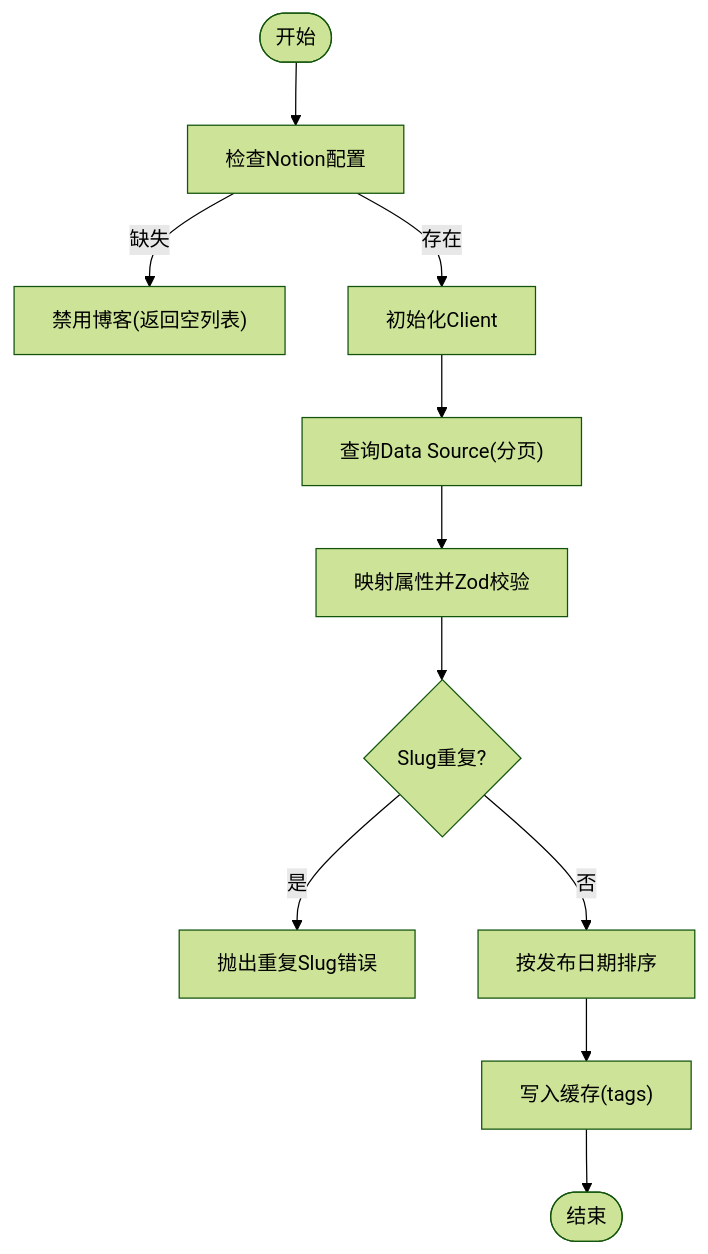
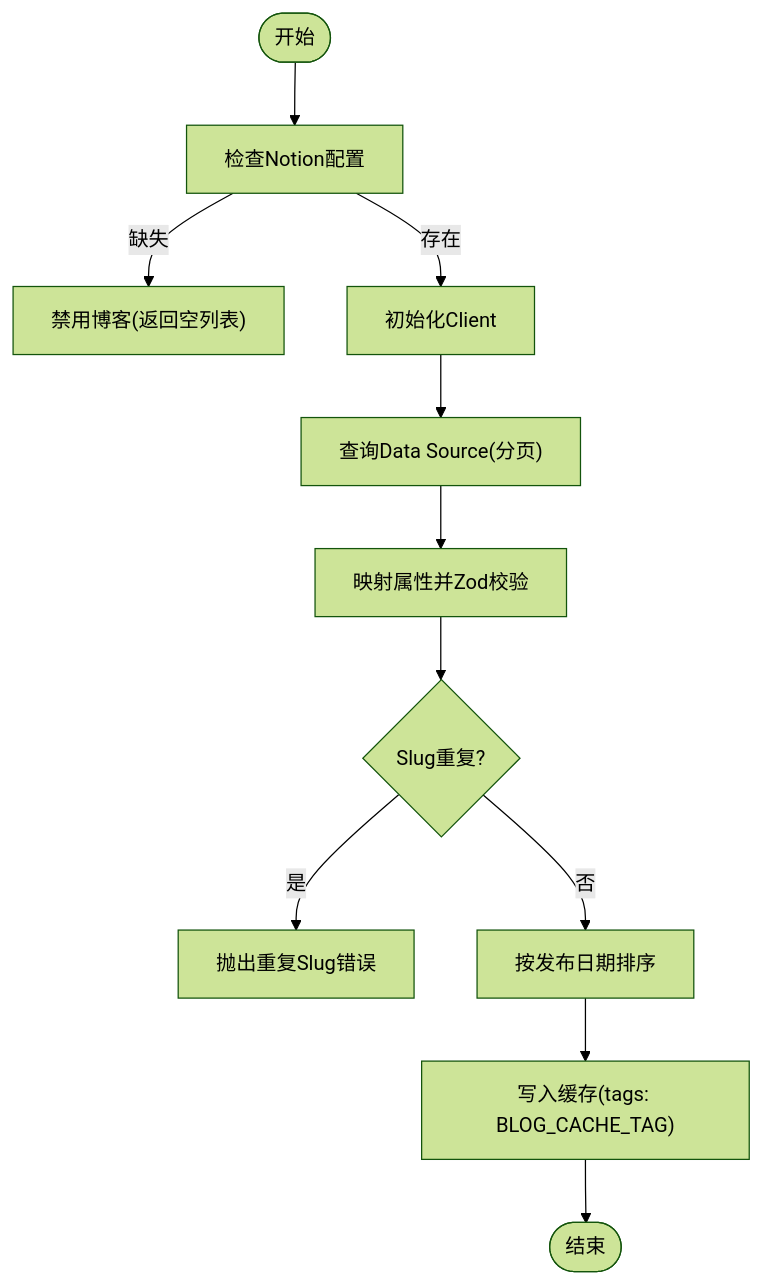
Before and after one commit to florianjsun/next-portfolio: the fourth of 7 diagrams in .qoder/repowiki/zh/content/架构设计/数据流设计/博客内容数据流.md, drawn with Mermaid (forest theme). The commit also changed other lines of this file and 49 other files, not shown here.

````diff
--- a/.qoder/repowiki/zh/content/架构设计/数据流设计/博客内容数据流.md
+++ b/.qoder/repowiki/zh/content/架构设计/数据流设计/博客内容数据流.md
@@ -161,13 +195,13 @@
 ```mermaid
 flowchart TD
 Start(["开始"]) --> CheckCfg["检查Notion配置"]
 CheckCfg --> |缺失| Disable["禁用博客(返回空列表)"]
 CheckCfg --> |存在| InitClient["初始化Client"]
 InitClient --> QueryDS["查询Data Source(分页)"]
 QueryDS --> MapPage["映射属性并Zod校验"]
 MapPage --> Dedup{"Slug重复?"}
 Dedup --> |是| ErrDup["抛出重复Slug错误"]
 Dedup --> |否| Sort["按发布日期排序"]
-Sort --> Cache["写入缓存(tags)"]
+Sort --> Cache["写入缓存(tags: BLOG_CACHE_TAG)"]
 Cache --> End(["结束"])
 ```
````
